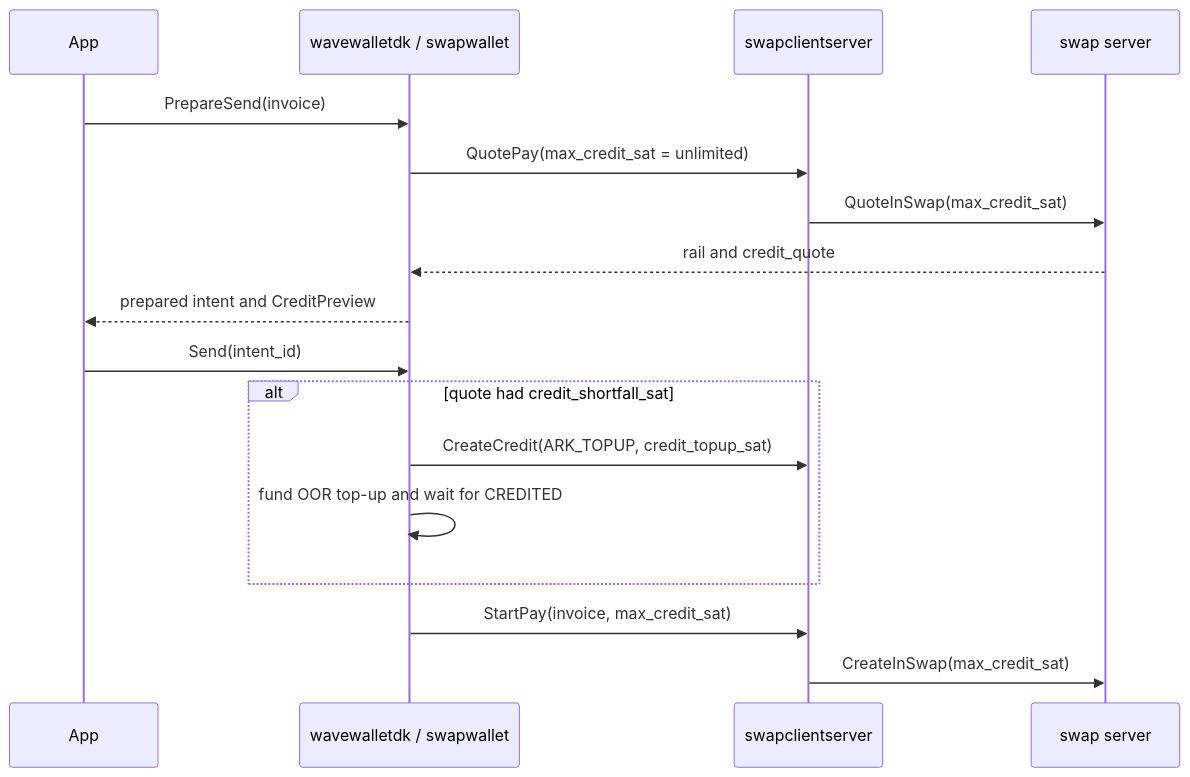
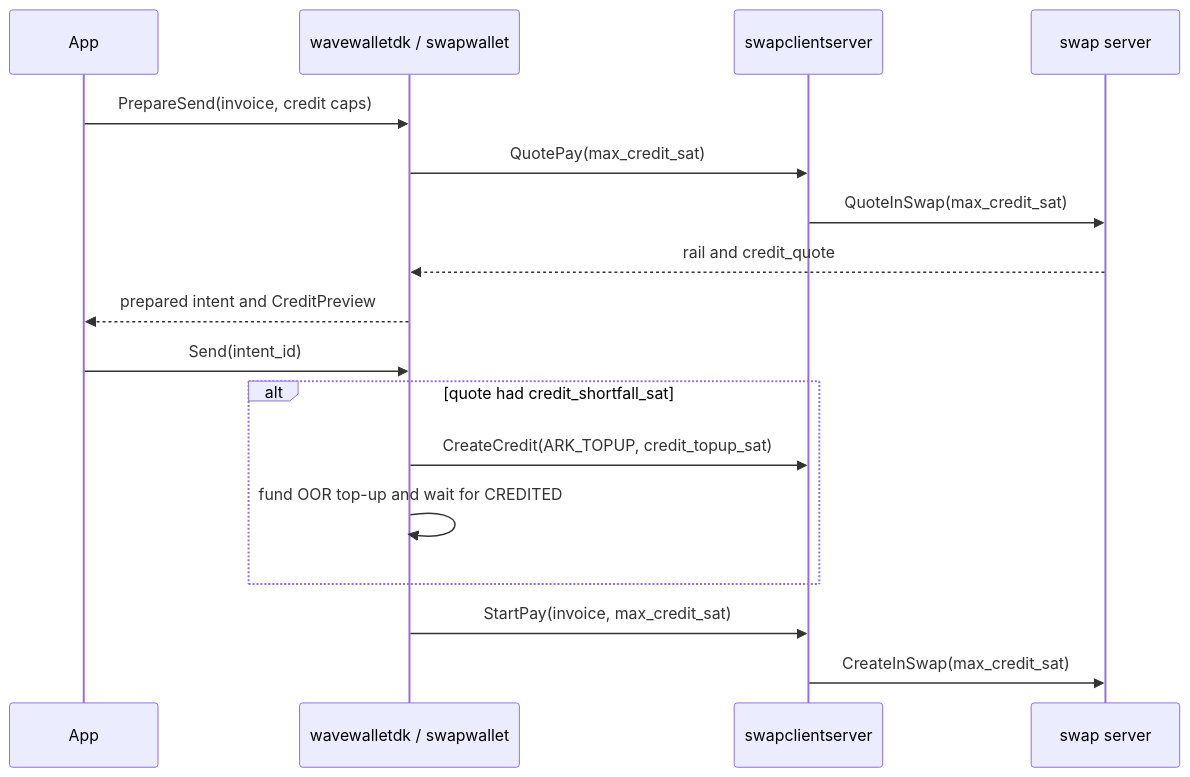
The fourth of 8 diagrams in docs/credit_system.md (lightninglabs/wavelength), drawn with Mermaid before and after one commit. The commit also changed other lines of this file and 21 other files, not shown here.

First line of the commit message:
swapwallet: Enforce explicit credit caps

````diff
--- a/docs/credit_system.md
+++ b/docs/credit_system.md
@@ -181,20 +181,20 @@
 ```mermaid
 sequenceDiagram
     participant App
     participant Wallet as wavewalletdk / swapwallet
     participant Swap as swapclientserver
     participant Server as swap server
 
-    App->>Wallet: PrepareSend(invoice)
-    Wallet->>Swap: QuotePay(max_credit_sat = unlimited)
+    App->>Wallet: PrepareSend(invoice, credit caps)
+    Wallet->>Swap: QuotePay(max_credit_sat)
     Swap->>Server: QuoteInSwap(max_credit_sat)
     Server-->>Wallet: rail and credit_quote
     Wallet-->>App: prepared intent and CreditPreview
     App->>Wallet: Send(intent_id)
     alt quote had credit_shortfall_sat
         Wallet->>Swap: CreateCredit(ARK_TOPUP, credit_topup_sat)
         Wallet->>Wallet: fund OOR top-up and wait for CREDITED
     end
     Wallet->>Swap: StartPay(invoice, max_credit_sat)
     Swap->>Server: CreateInSwap(max_credit_sat)
 ```
````
